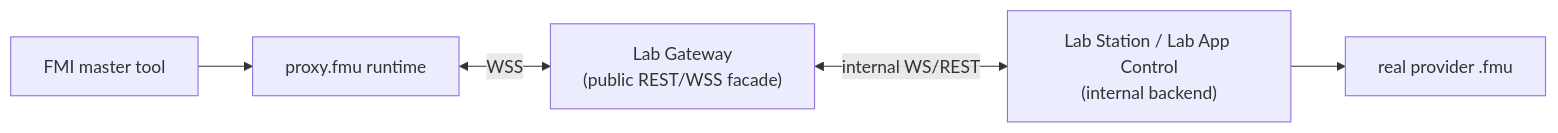
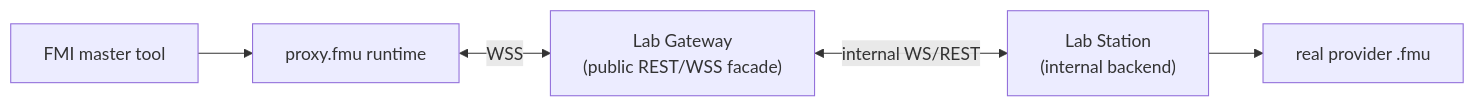
One commit to DecentraLabsCom/Lab-Gateway changed the diagram in fmu-proxy-runtime-src/ARCHITECTURE.md. Above: the diagram before and after it, drawn with Mermaid. The commit also changed 3 other files, not shown here.

Commit message:
Updates to "Lab Station" name

````diff
--- a/fmu-proxy-runtime-src/ARCHITECTURE.md
+++ b/fmu-proxy-runtime-src/ARCHITECTURE.md
@@ -14,13 +14,13 @@
 ```mermaid
 flowchart LR
     Tool["FMI master tool"]
     Proxy["proxy.fmu runtime"]
     Gateway["Lab Gateway\n(public REST/WSS facade)"]
-    Station["Lab Station / Lab App Control\n(internal backend)"]
+    Station["Lab Station\n(internal backend)"]
     RealFMU["real provider .fmu"]
 
     Tool --> Proxy
     Proxy <-- "WSS" --> Gateway
     Gateway <-- "internal WS/REST" --> Station
     Station --> RealFMU
 ```
````
